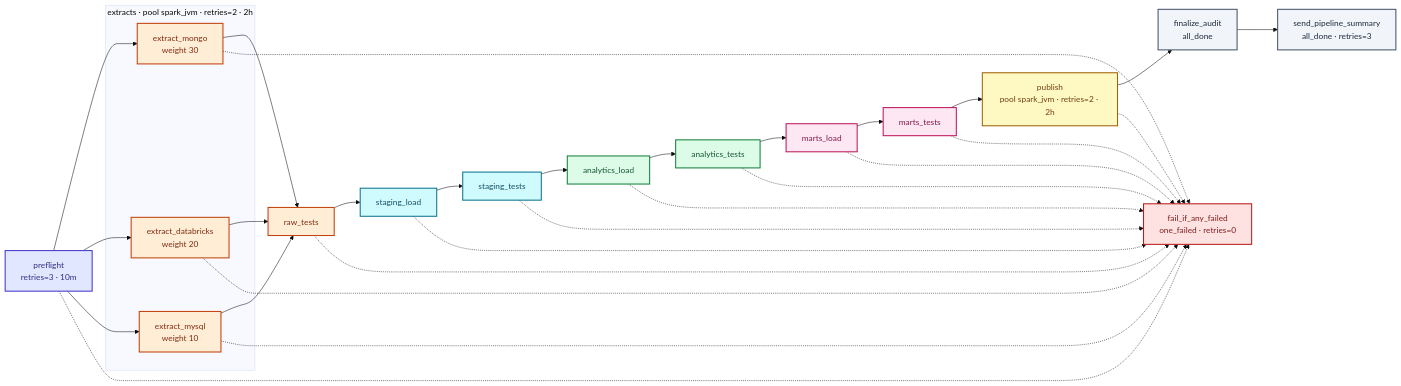
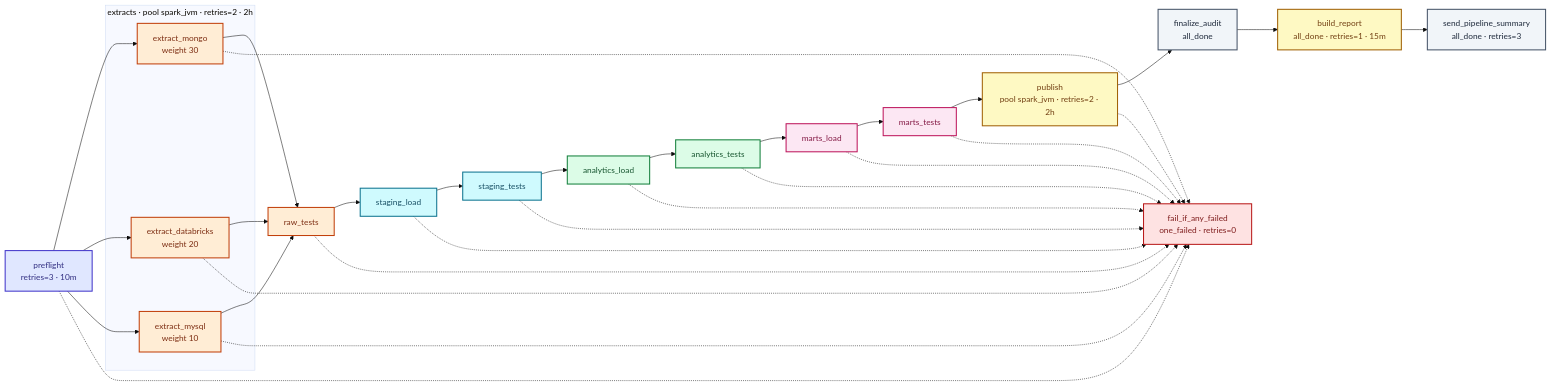
The second of 5 diagrams in docs/AIRFLOW.md (Nitinx12/Banking-Delta-Lakehouse), drawn with Mermaid (base theme) before and after one commit. The commit also changed other lines of this file and 20 other files, not shown here.

````diff
--- a/docs/AIRFLOW.md
+++ b/docs/AIRFLOW.md
@@ -87,59 +88,63 @@
 ```mermaid
 flowchart LR
     PRE["preflight<br/>retries=3 · 10m"]
     subgraph EXT["extracts · pool spark_jvm · retries=2 · 2h"]
         EM["extract_mongo<br/>weight 30"]
         ED["extract_databricks<br/>weight 20"]
         EX["extract_mysql<br/>weight 10"]
     end
     RT["raw_tests"]
     SL["staging_load"]
     ST["staging_tests"]
     AL["analytics_load"]
     AT["analytics_tests"]
     ML["marts_load"]
     MT["marts_tests"]
     PB["publish<br/>pool spark_jvm · retries=2 · 2h"]
     FIN["finalize_audit<br/>all_done"]
+    BR["build_report<br/>all_done · retries=1 · 15m"]
     SUM["send_pipeline_summary<br/>all_done · retries=3"]
     GATE["fail_if_any_failed<br/>one_failed · retries=0"]
 
     PRE --> EM
     PRE --> ED
     PRE --> EX
     EM --> RT
     ED --> RT
     EX --> RT
     RT --> SL --> ST --> AL --> AT --> ML --> MT --> PB
-    PB --> FIN --> SUM
+    PB --> FIN --> BR --> SUM
     RT -.-> GATE
     SL -.-> GATE
     ST -.-> GATE
     AL -.-> GATE
     AT -.-> GATE
     ML -.-> GATE
     MT -.-> GATE
     PB -.-> GATE
     EM -.-> GATE
     ED -.-> GATE
     EX -.-> GATE
     PRE -.-> GATE
 
     classDef pre fill:#e0e7ff,stroke:#4338ca,color:#312e81,stroke-width:2px
     classDef raw fill:#ffedd5,stroke:#c2410c,color:#7c2d12,stroke-width:2px
     classDef staging fill:#cffafe,stroke:#0e7490,color:#164e63,stroke-width:2px
     classDef analytics fill:#dcfce7,stroke:#15803d,color:#14532d,stroke-width:2px
     classDef marts fill:#fce7f3,stroke:#be185d,color:#831843,stroke-width:2px
     classDef publish fill:#fef9c3,stroke:#a16207,color:#713f12,stroke-width:2px
     classDef audit fill:#f1f5f9,stroke:#475569,color:#1e293b,stroke-width:2px
+    classDef report fill:#fef9c3,stroke:#a16207,color:#713f12,stroke-width:2px
     classDef gate fill:#fee2e2,stroke:#b91c1c,color:#7f1d1d,stroke-width:2px
 
     class PRE pre
     class EM,ED,EX,RT raw
     class SL,ST staging
     class AL,AT analytics
     class ML,MT marts
     class PB publish
-    class FIN,SUM audit
+    class FIN audit
+    class BR report
+    class SUM audit
     class GATE gate
 ```
````
